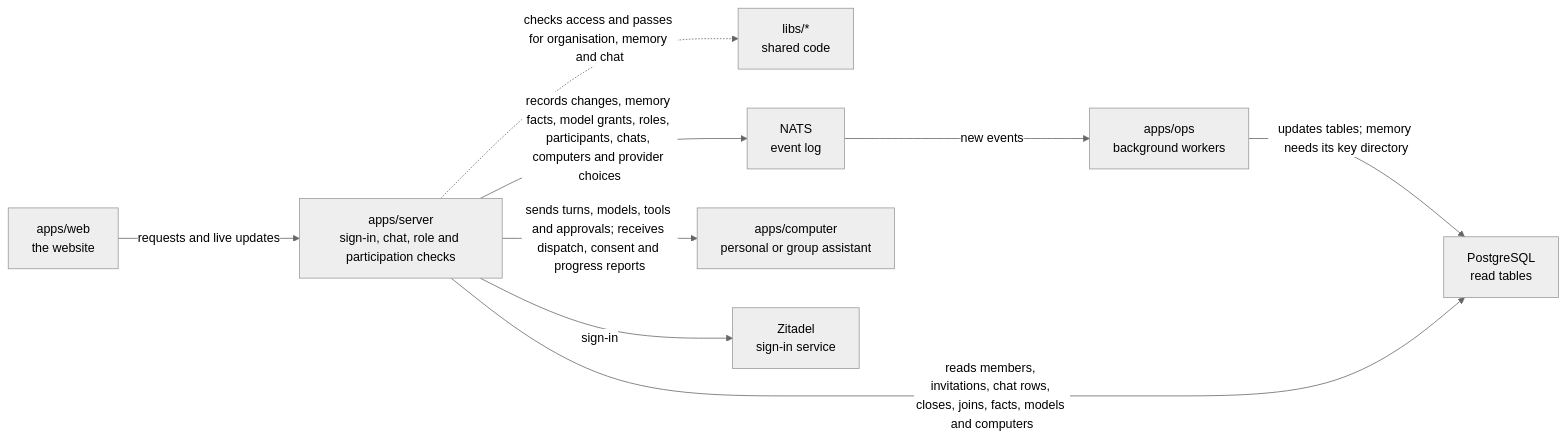
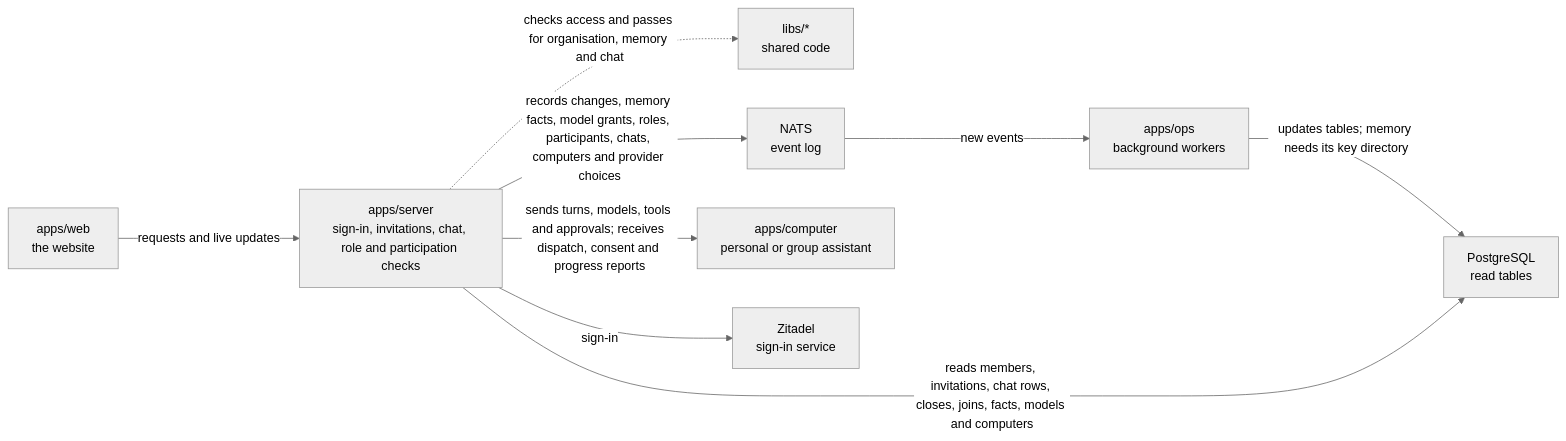
Before and after one commit to elewa-git/opencrane-new: the diagram in apps/server/README.md, drawn with Mermaid (neutral theme). The commit also changed 25 other files, not shown here.

````diff
--- a/apps/server/README.md
+++ b/apps/server/README.md
@@ -11,11 +11,11 @@
 ```mermaid
 flowchart LR
-  web["apps/web<br/>the website"] -->|requests and live updates| server["apps/server<br/>sign-in, chat, role and participation checks"]
+  web["apps/web<br/>the website"] -->|requests and live updates| server["apps/server<br/>sign-in, invitations, chat, role and participation checks"]
   server -.->|checks access and passes for organisation, memory and chat| libs["libs/*<br/>shared code"]
   server -->|records changes, memory facts, model grants, roles, participants, chats, computers and provider choices| nats["NATS<br/>event log"]
   nats -->|new events| ops["apps/ops<br/>background workers"]
   ops -->|updates tables; memory needs its key directory| postgres["PostgreSQL<br/>read tables"]
   server -->|reads members, invitations, chat rows, closes, joins, facts, models and computers| postgres
   server -->|sends turns, models, tools and approvals; receives dispatch, consent and progress reports| computer["apps/computer<br/>personal or group assistant"]
   server -->|sign-in| zitadel["Zitadel<br/>sign-in service"]
 ```
````
